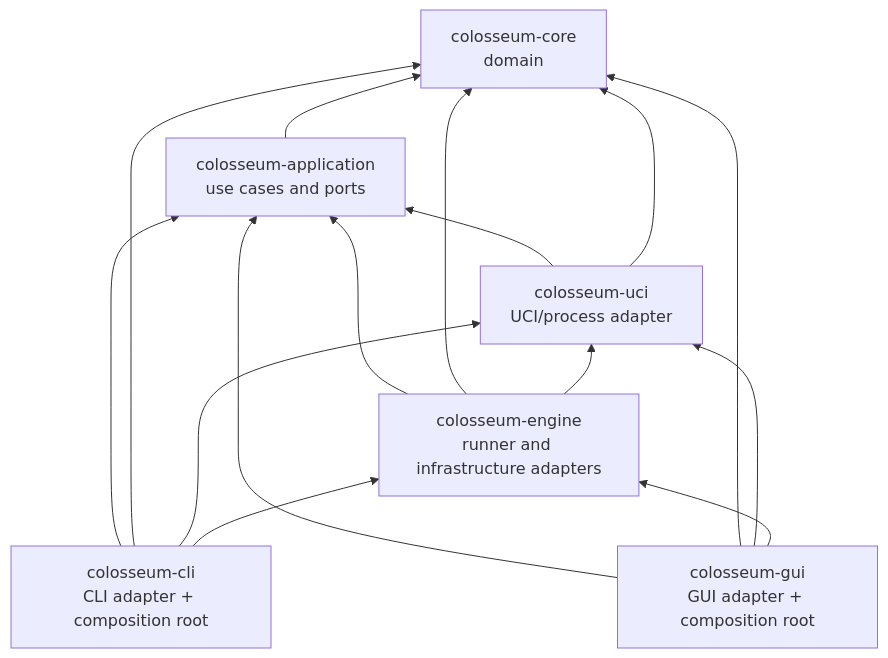
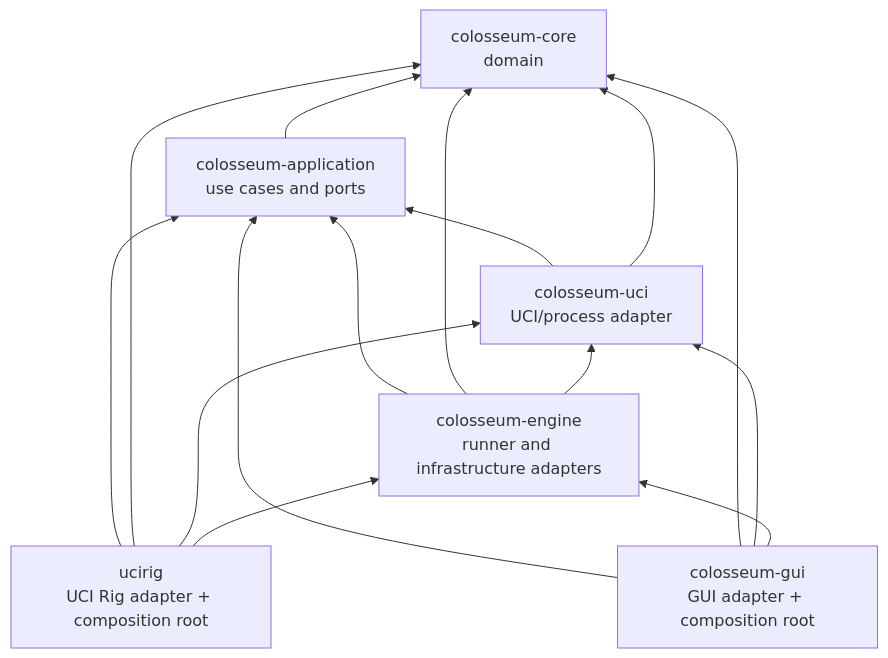
The first of 2 diagrams in docs/architecture/target-architecture.md (maelic13/colosseum), drawn with Mermaid before and after one commit. The commit also changed other lines of this file and 9 other files, not shown here.

Commit message:
Phase 0.6: name the CLI UCI Rig

````diff
--- a/docs/architecture/target-architecture.md
+++ b/docs/architecture/target-architecture.md
@@ -39,24 +39,24 @@
 ```mermaid
 flowchart BT
     CORE["colosseum-core<br/>domain"]
     APP["colosseum-application<br/>use cases and ports"]
     UCI["colosseum-uci<br/>UCI/process adapter"]
     ENGINE["colosseum-engine<br/>runner and infrastructure adapters"]
-    CLI["colosseum-cli<br/>CLI adapter + composition root"]
+    CLI["ucirig<br/>UCI Rig adapter + composition root"]
     GUI["colosseum-gui<br/>GUI adapter + composition root"]
 
     APP --> CORE
     UCI --> APP
     UCI --> CORE
     ENGINE --> APP
     ENGINE --> CORE
     ENGINE --> UCI
     CLI --> APP
     CLI --> CORE
     CLI --> UCI
     CLI --> ENGINE
     GUI --> APP
     GUI --> CORE
     GUI --> UCI
     GUI --> ENGINE
 ```
````
